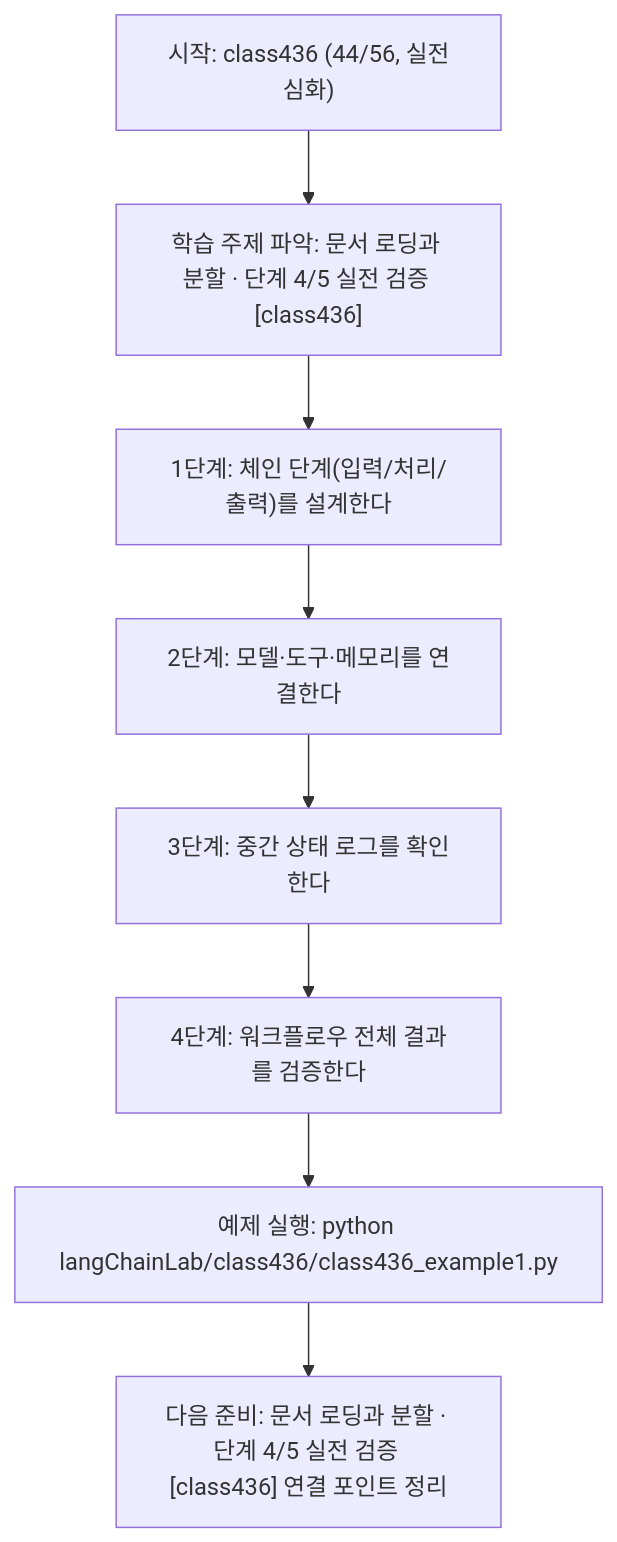
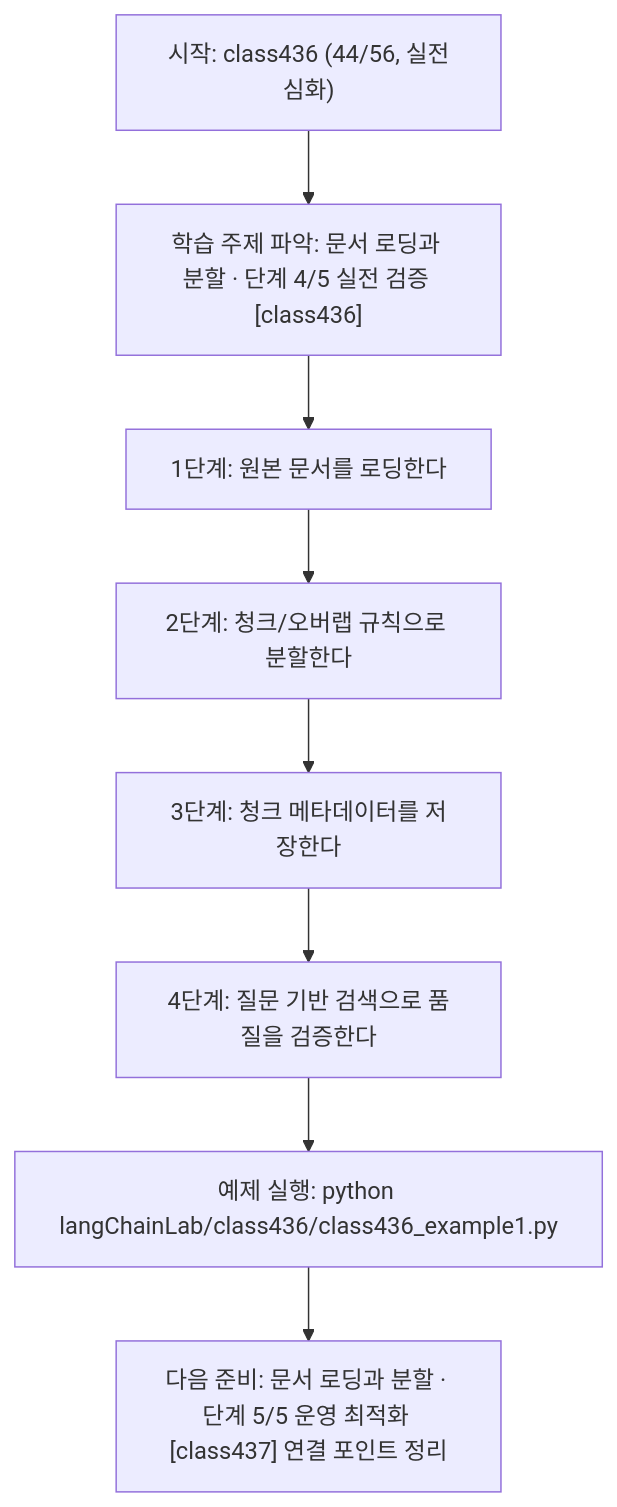
One commit to edumgt/Python-AI_Agent-Class changed the diagram in langChainLab/class436/class436.md. Above: the diagram before and after it, drawn with Mermaid. The commit also changed other lines of this file and 395 other files, not shown here.

````diff
--- a/langChainLab/class436/class436.md
+++ b/langChainLab/class436/class436.md
@@ -110,18 +91,18 @@
 ```mermaid
 flowchart TD
 N1["시작: class436 (44/56, 실전심화)"]
 N2["학습 주제 파악: 문서 로딩과 분할 · 단계 4/5 실전 검증 [class436]"]
-N3["1단계: 체인 단계(입력/처리/출력)를 설계한다"]
-N4["2단계: 모델·도구·메모리를 연결한다"]
-N5["3단계: 중간 상태 로그를 확인한다"]
-N6["4단계: 워크플로우 전체 결과를 검증한다"]
+N3["1단계: 원본 문서를 로딩한다"]
+N4["2단계: 청크/오버랩 규칙으로 분할한다"]
+N5["3단계: 청크 메타데이터를 저장한다"]
+N6["4단계: 질문 기반 검색으로 품질을 검증한다"]
 N7["예제 실행: python langChainLab/class436/class436_example1.py"]
-N8["다음 준비: 문서 로딩과 분할 · 단계 4/5 실전 검증 [class436] 연결 포인트 정리"]
+N8["다음 준비: 문서 로딩과 분할 · 단계 5/5 운영 최적화 [class437] 연결 포인트 정리"]
 N1 --> N2
 N2 --> N3
 N3 --> N4
 N4 --> N5
 N5 --> N6
 N6 --> N7
 N7 --> N8
 ```
````
